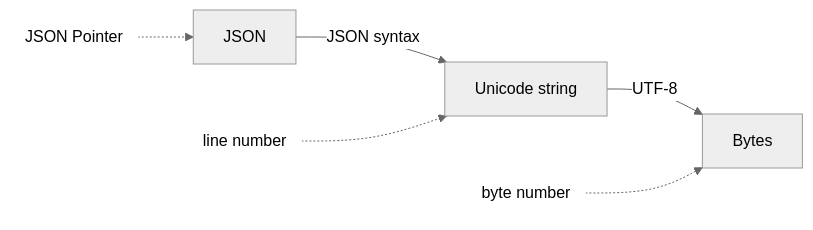
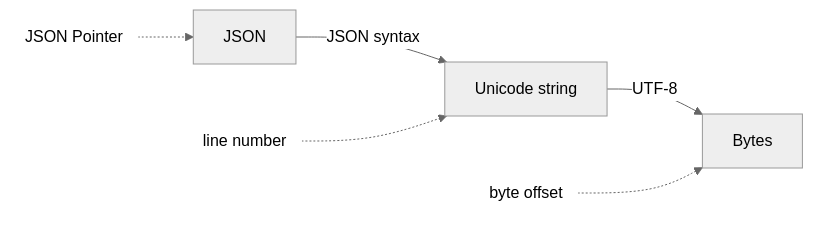
One commit to gbv/validation-error-format changed the second of 2 diagrams in index.qmd. Above: the diagram before and after it, drawn with Mermaid (neutral theme). The commit also changed other lines of this file, not shown here.

````diff
--- a/index.qmd
+++ b/index.qmd
@@ -51,18 +51,18 @@
 ```{mermaid fig-align=left}
 graph LR
    JSON -- JSON syntax --> Unicode
    Unicode -- UTF-8   --> Bytes
    Unicode[Unicode string]
 
    jsonpointer(JSON Pointer)
    line(line number)
-   offset(byte number)
+   offset(byte offset)
 
    style jsonpointer fill:#fff,stroke:#fff
    style line fill:#fff,stroke:#fff
    style offset fill:#fff,stroke:#fff
 
    jsonpointer -.-> JSON
    line -.-> Unicode
    offset -.-> Bytes
 ```
````
